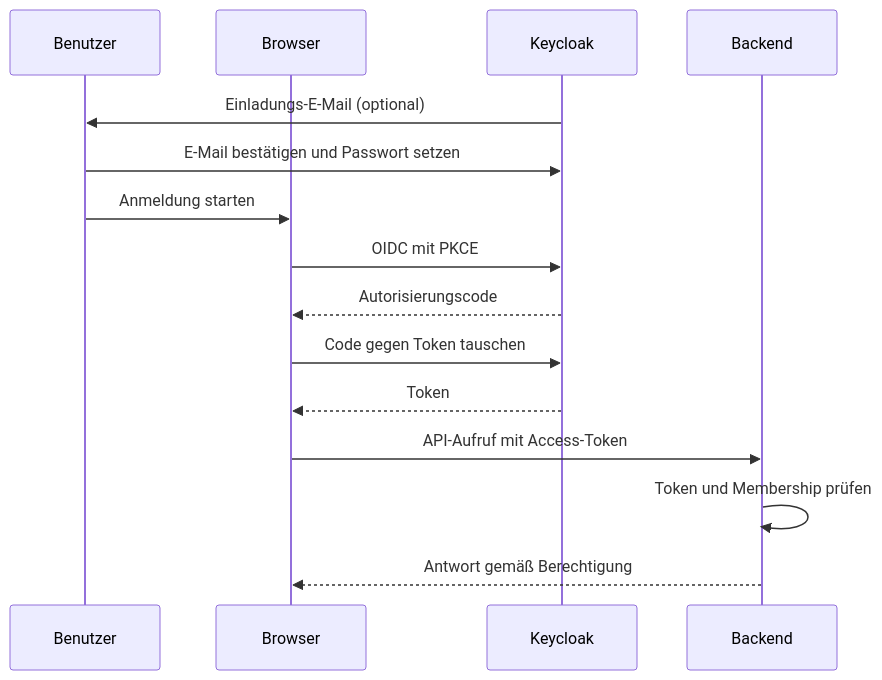
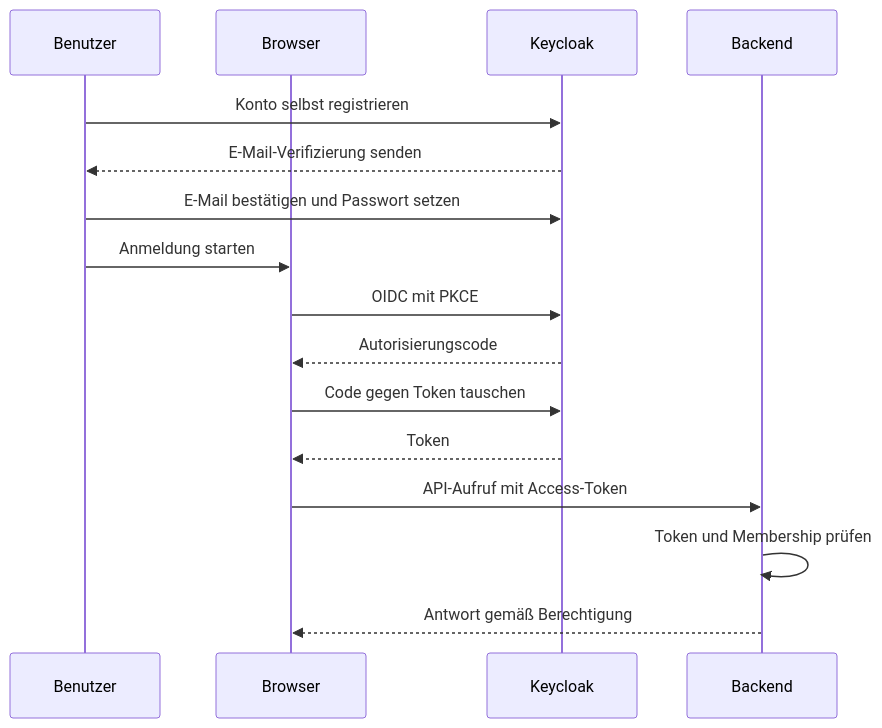
The second of 2 diagrams in docs/features/approval-workflow.md (stritti/nak-district-planner), drawn with Mermaid before and after one commit. The commit also changed other lines of this file and 1 other file, not shown here.

Commit message:
fix(docs): align approval workflow and Mermaid verification with self-registration

````diff
--- a/docs/features/approval-workflow.md
+++ b/docs/features/approval-workflow.md
@@ -185,17 +185,18 @@
 ```mermaid
 sequenceDiagram
   participant U as Benutzer
   participant B as Browser
   participant I as Keycloak
   participant A as Backend
-  I->>U: Einladungs-E-Mail (optional)
+  U->>I: Konto selbst registrieren
+  I-->>U: E-Mail-Verifizierung senden
   U->>I: E-Mail bestätigen und Passwort setzen
   U->>B: Anmeldung starten
   B->>I: OIDC mit PKCE
   I-->>B: Autorisierungscode
   B->>I: Code gegen Token tauschen
   I-->>B: Token
   B->>A: API-Aufruf mit Access-Token
   A->>A: Token und Membership prüfen
   A-->>B: Antwort gemäß Berechtigung
 ```
````
